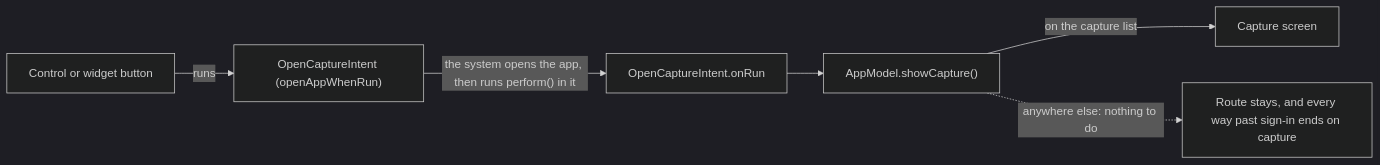
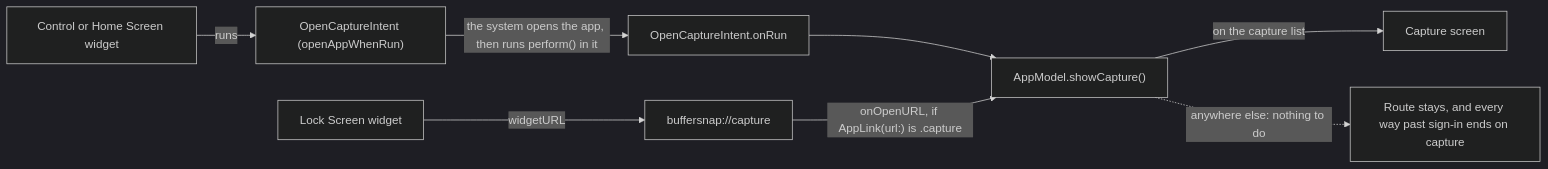
One commit to southp/buffer-snap changed the fourth of 4 diagrams in docs/architecture.md. Above: the diagram before and after it, drawn with Mermaid (dark theme). The commit also changed other lines of this file and 1 other file, not shown here.

First line of the commit message:
Docs: Describe how the Lock Screen widget opens the capture screen

````diff
--- a/docs/architecture.md
+++ b/docs/architecture.md
@@ -134,8 +135,10 @@
 ```mermaid
 flowchart LR
-    Surface["Control or widget button"] -->|runs| Intent["OpenCaptureIntent (openAppWhenRun)"]
+    Surface["Control or Home Screen widget"] -->|runs| Intent["OpenCaptureIntent (openAppWhenRun)"]
     Intent -->|"the system opens the app, then runs perform() in it"| Hook["OpenCaptureIntent.onRun"]
     Hook --> Show["AppModel.showCapture()"]
+    Lock["Lock Screen widget"] -->|"widgetURL"| URL["buffersnap://capture"]
+    URL -->|"onOpenURL, if AppLink(url:) is .capture"| Show
     Show -->|"on the capture list"| Capture["Capture screen"]
     Show -.->|"anywhere else: nothing to do"| Route["Route stays, and every way past sign-in ends on capture"]
 ```
````
